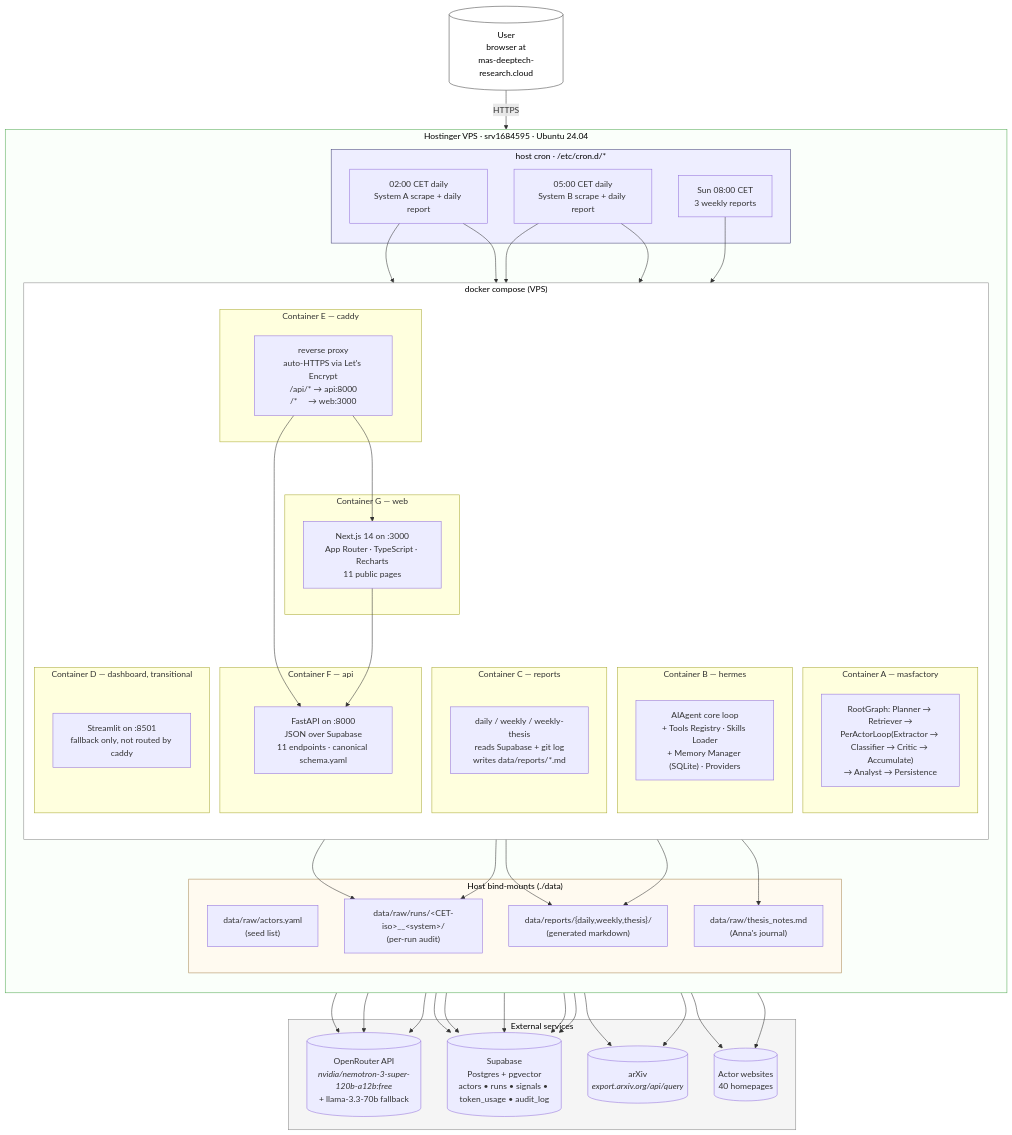
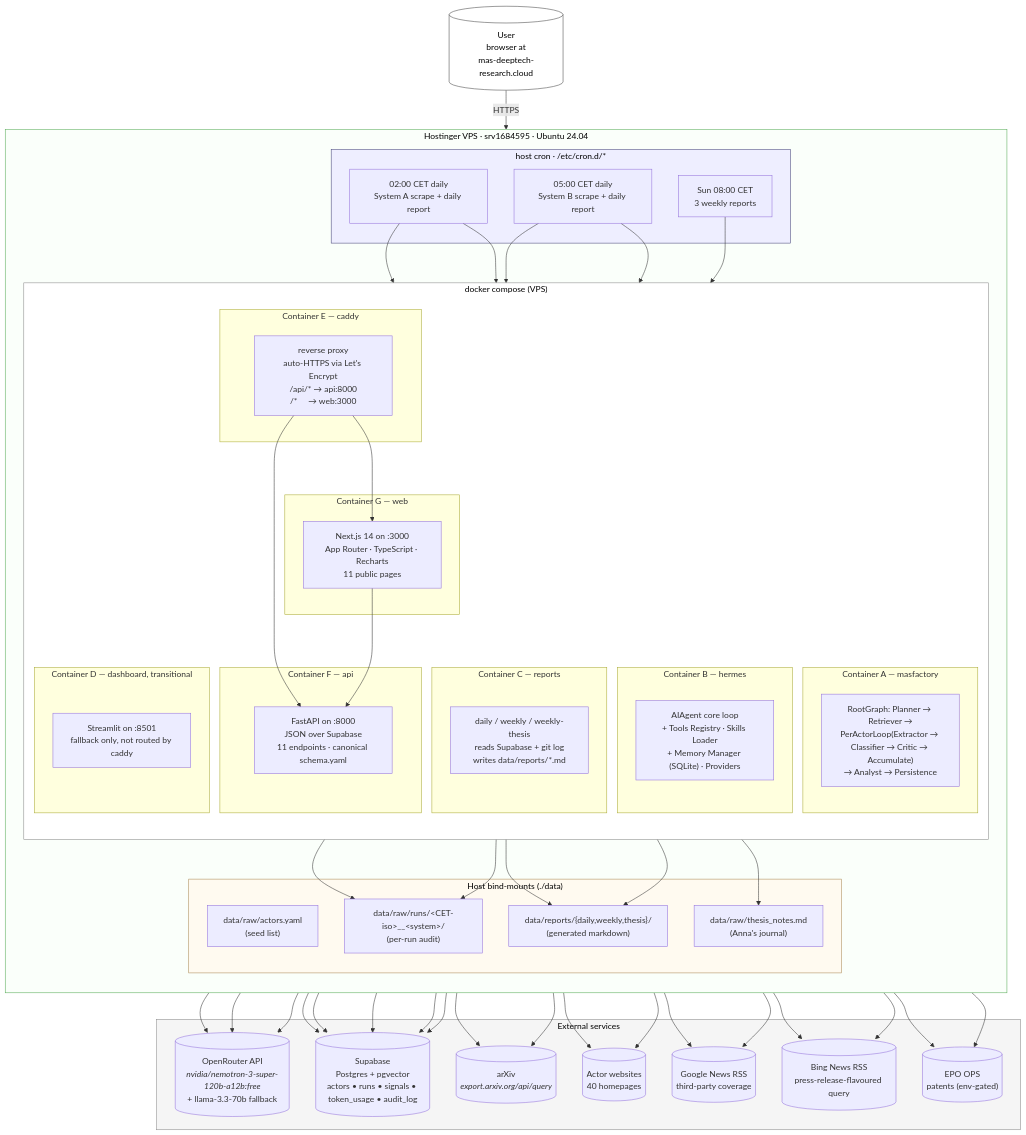
The diagram in docs/architecture.md (annageiser/mas-deeptech-research), drawn with Mermaid before and after one commit. The commit also changed other lines of this file and 4 other files, not shown here.

```diff
--- a/docs/architecture.md
+++ b/docs/architecture.md
@@ -14,6 +14,9 @@
         SB[("Supabase<br/>Postgres + pgvector<br/>actors • runs • signals • token_usage • audit_log")]
         ARX[("arXiv<br/><i>export.arxiv.org/api/query</i>")]
         WEB[("Actor websites<br/>40 homepages")]
+        GN[("Google News RSS<br/>third-party coverage")]
+        BN[("Bing News RSS<br/>press-release-flavoured query")]
+        EPO[("EPO OPS<br/>patents (env-gated)")]
     end
 
     %% User access
@@ -83,11 +86,17 @@
     CR_B --> RC
     CR_W --> RC
 
-    %% Data flow
+    %% Data flow — five collectors per actor
     MA --> ARX
     MA --> WEB
+    MA --> GN
+    MA --> BN
+    MA --> EPO
     HB --> ARX
     HB --> WEB
+    HB --> GN
+    HB --> BN
+    HB --> EPO
     MA --> OR
     HB --> OR
     RC --> OR
```
